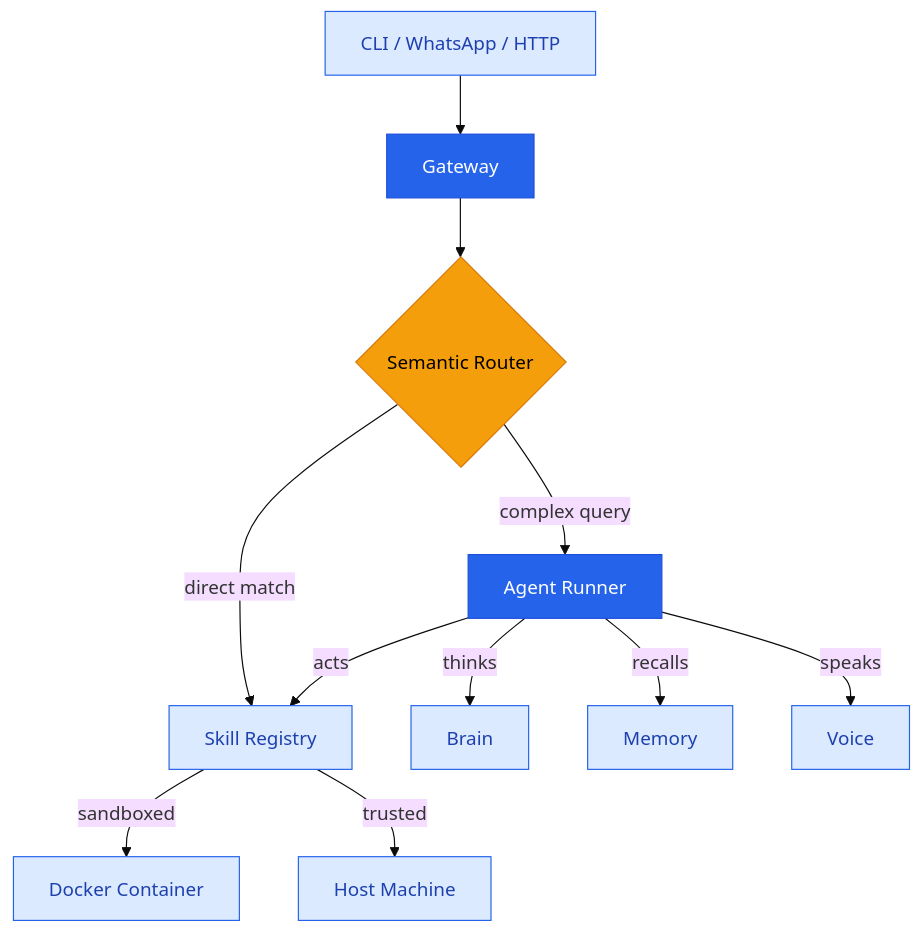
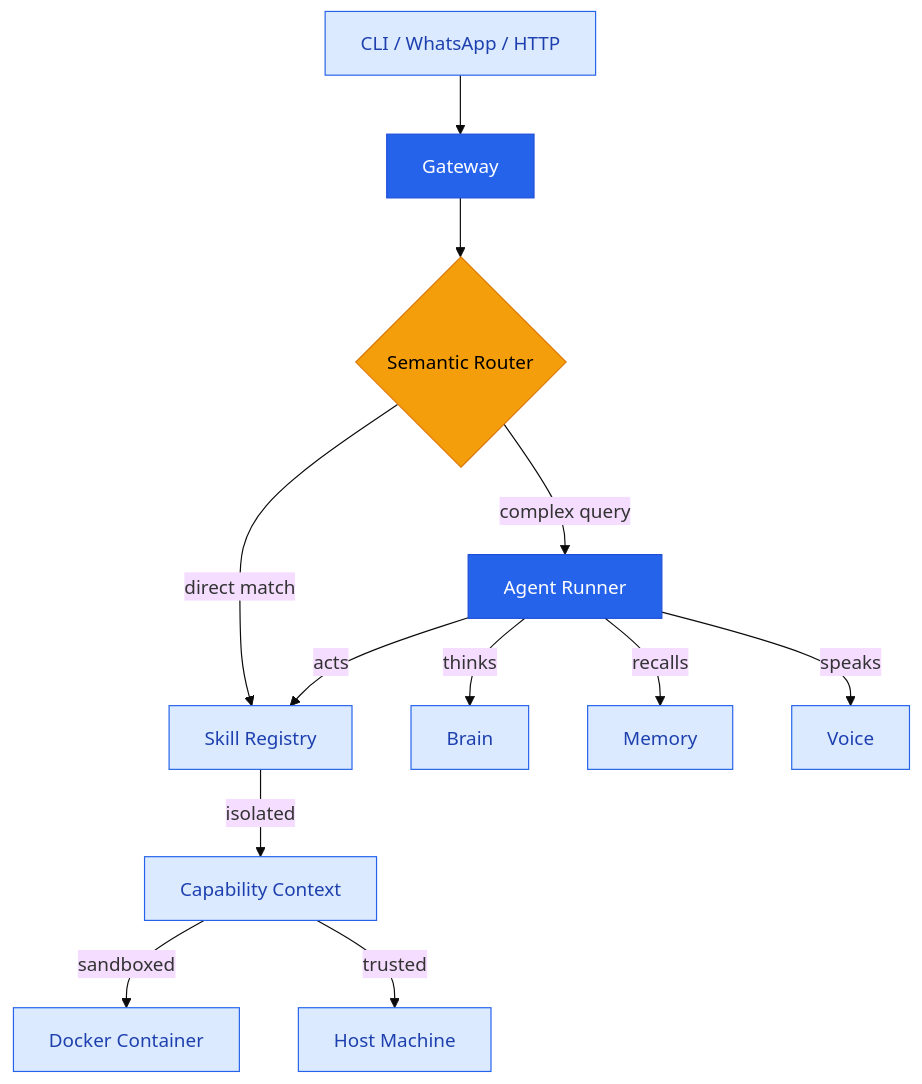
The diagram in README.md (romlin/openmoose), drawn with Mermaid (base theme) before and after one commit. The commit also changed other lines of this file and 44 other files, not shown here.

````diff
--- a/README.md
+++ b/README.md
@@ -205,24 +210,25 @@
 ```mermaid
 graph TD
     INPUT[CLI / WhatsApp / HTTP] --> GW[Gateway]
     GW --> ROUTER{Semantic Router}
 
     ROUTER -->|direct match| SKILLS[Skill Registry]
     ROUTER -->|complex query| RUNNER[Agent Runner]
 
     RUNNER -->|thinks| BRAIN[Brain]
     RUNNER -->|recalls| MEM[Memory]
     RUNNER -->|acts| SKILLS
     RUNNER -->|speaks| TTS[Voice]
 
-    SKILLS -->|sandboxed| SBX[Docker Container]
-    SKILLS -->|trusted| HOST[Host Machine]
+    SKILLS -->|isolated| CAP[Capability Context]
+    CAP -->|sandboxed| SBX[Docker Container]
+    CAP -->|trusted| HOST[Host Machine]
 
     classDef hub fill:#2563eb,stroke:#1d4ed8,color:#fff
     classDef decision fill:#f59e0b,stroke:#d97706,color:#000
     classDef node fill:#dbeafe,stroke:#2563eb,color:#1e40af
 
     class GW,RUNNER hub
     class ROUTER decision
     class INPUT,BRAIN,MEM,SKILLS,TTS,SBX,HOST node
 ```
````
